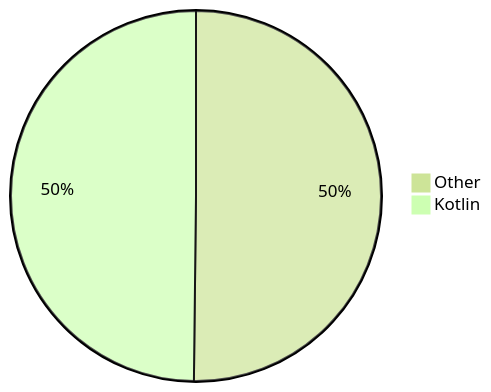
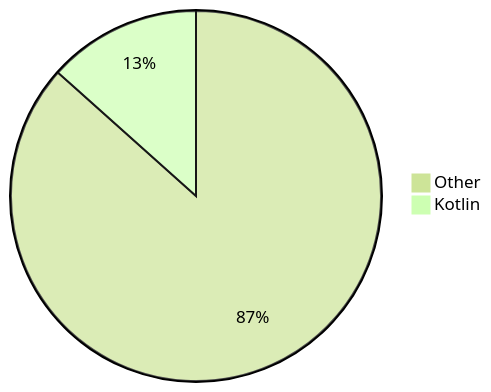
One commit to Alicia111/alicia111 changed the diagram in README.md. Above: the diagram before and after it, drawn with Mermaid (forest theme).

Commit message:
Update WakaTime stats (・ω・)b

````diff
--- a/README.md
+++ b/README.md
@@ -32,5 +32,5 @@
 ```mermaid
 pie
-    "Other" : 50.18
-    "Kotlin" : 49.82
+    "Other" : 86.61
+    "Kotlin" : 13.39
 ```
````
